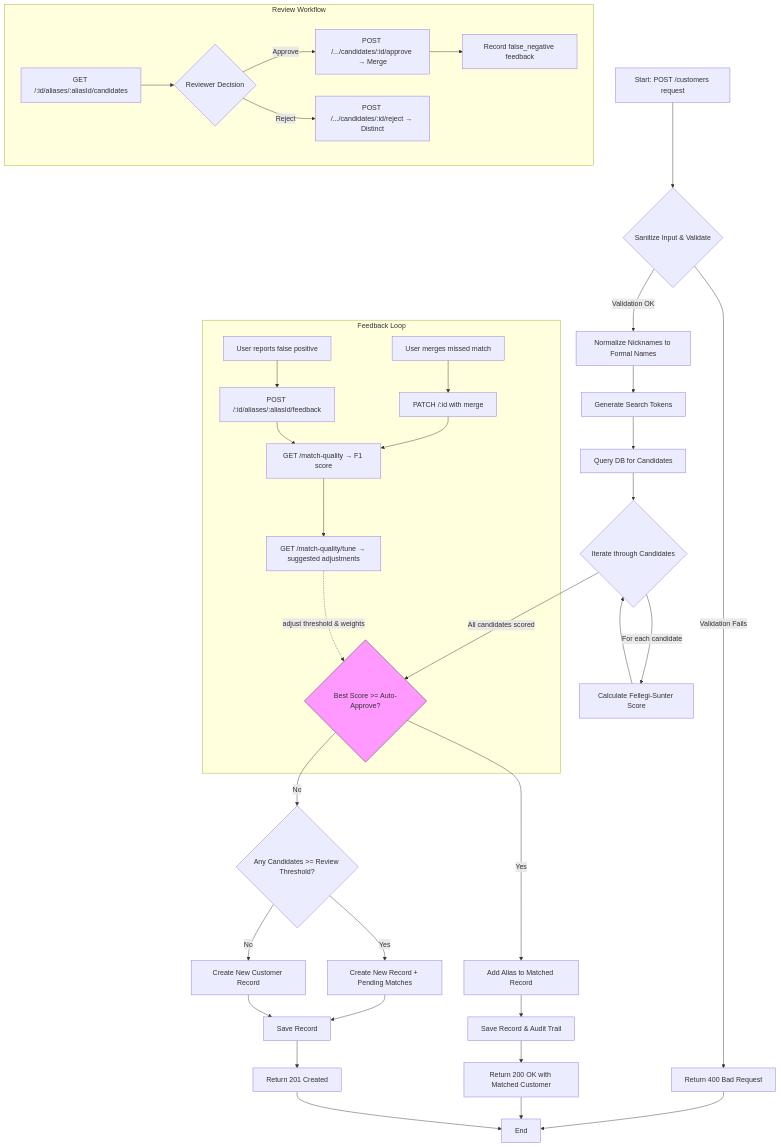
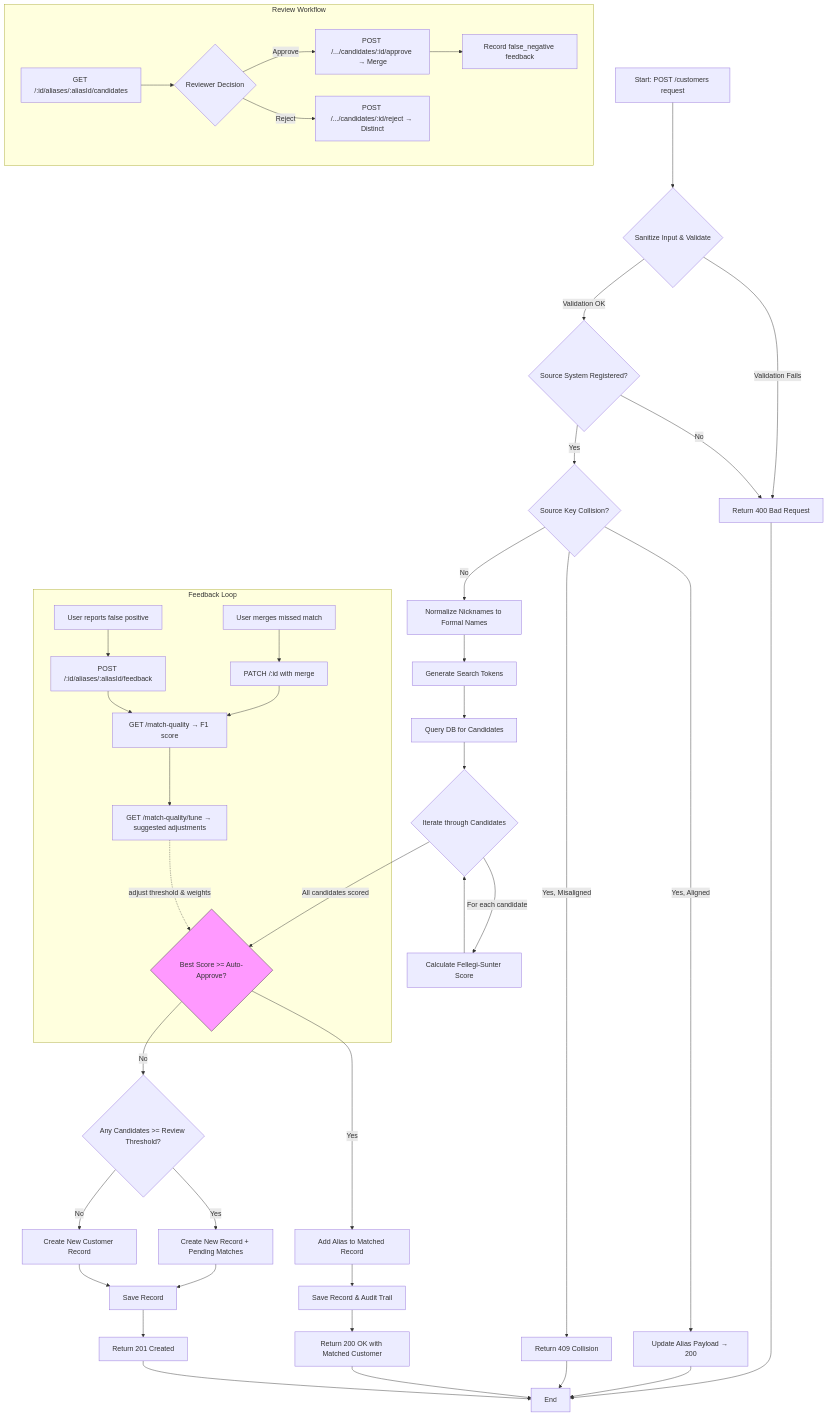
Before and after one commit to cesau78/s14s-identify: the diagram in README.md, drawn with Mermaid. The commit also changed other lines of this file and 10 other files, not shown here.

First line of the commit message:
feat: Add source system registration with unique alias index and collision handling

````diff
--- a/README.md
+++ b/README.md
@@ -103,43 +119,50 @@
 ```mermaid
 graph TD
     A[Start: POST /customers request] --> B{Sanitize Input & Validate};
     B -- Validation Fails --> C[Return 400 Bad Request];
-    B -- Validation OK --> N[Normalize Nicknames to Formal Names];
+    B -- Validation OK --> SV{Source System Registered?};
+    SV -- No --> C;
+    SV -- Yes --> SC{Source Key Collision?};
+    SC -- Yes, Aligned --> SCU[Update Alias Payload → 200];
+    SC -- Yes, Misaligned --> SCC[Return 409 Collision];
+    SC -- No --> N[Normalize Nicknames to Formal Names];
     N --> D[Generate Search Tokens];
     D --> E[Query DB for Candidates];
     E --> F{Iterate through Candidates};
     F -- For each candidate --> G[Calculate Fellegi-Sunter Score];
     G --> F;
     F -- All candidates scored --> H{Best Score >= Auto-Approve?};
     H -- Yes --> I[Add Alias to Matched Record];
     I --> K[Save Record & Audit Trail];
     K --> L[Return 200 OK with Matched Customer];
     H -- No --> NM{Any Candidates >= Review Threshold?};
     NM -- Yes --> J2[Create New Record + Pending Matches];
     NM -- No --> J[Create New Customer Record];
     J --> K2[Save Record];
     J2 --> K2;
     K2 --> L2[Return 201 Created];
     L --> M[End];
     C --> M;
     L2 --> M;
+    SCU --> M;
+    SCC --> M;
 
     subgraph Review Workflow
         PM[GET /:id/aliases/:aliasId/candidates] --> RV{Reviewer Decision};
         RV -- Approve --> AP[POST /.../candidates/:id/approve → Merge];
         RV -- Reject --> RJ[POST /.../candidates/:id/reject → Distinct];
         AP --> FB2[Record false_negative feedback];
     end
 
     style H fill:#f9f,stroke:#333
     linkStyle default stroke:#333
 
     subgraph Feedback Loop
         Q[User reports false positive] --> R[POST /:id/aliases/:aliasId/feedback];
         S[User merges missed match] --> T[PATCH /:id with merge];
         R --> U[GET /match-quality → F1 score];
         T --> U;
         U --> V[GET /match-quality/tune → suggested adjustments];
         V -. adjust threshold & weights .-> H;
     end
 ```
````
